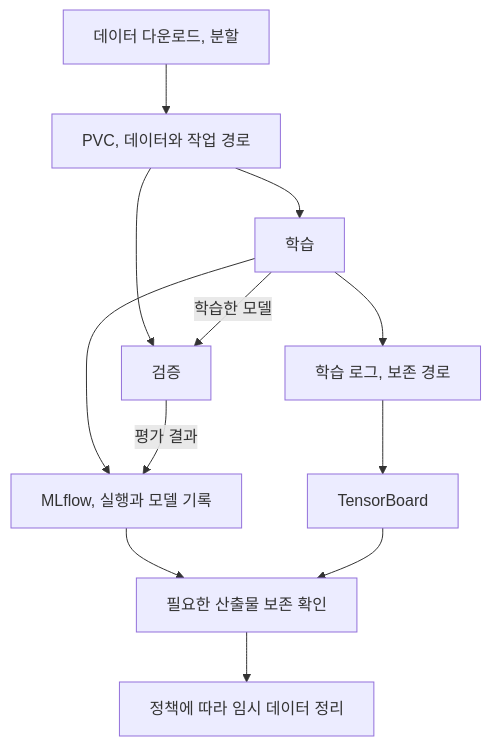
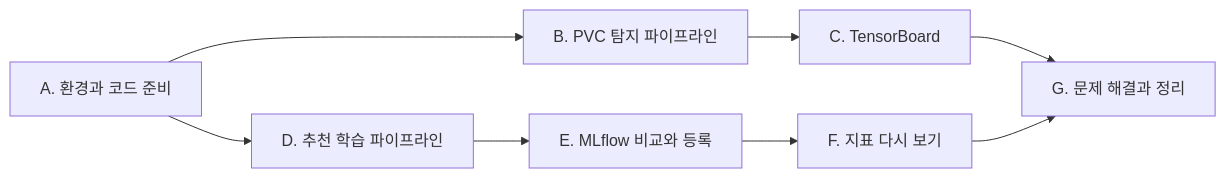
Before and after one commit to johklo/johklo.github.io: the third of 3 diagrams in content/docs/tech/machine-learning-platform-engineering/09-training-and-validation-2.md, drawn with Mermaid. The commit also changed other lines of this file and 13 other files, not shown here.

First line of the commit message:
Rewrite chapter 9 draft with connected explanation and real PVC, TensorBoard and recommender runs

````diff
--- a/content/docs/tech/machine-learning-platform-engineering/09-training-and-validation-2.md
+++ b/content/docs/tech/machine-learning-platform-engineering/09-training-and-validation-2.md
@@ -18,16 +249,12 @@
 ```mermaid
-flowchart TD
-    accTitle: 공유 볼륨과 학습 관측 산출물의 연결
-    accDescr: PVC에 준비한 데이터를 학습과 검증이 읽는다. TensorBoard는 학습 로그를, MLflow는 실행과 모델 산출물을 기록하며 보존 후 임시 데이터를 정리한다.
-    A["데이터 다운로드, 분할"] --> P["PVC, 데이터와 작업 경로"]
-    P --> B["학습"]
-    P --> C["검증"]
-    B -->|"학습한 모델"| C
-    B --> L["학습 로그, 보존 경로"]
-    L --> T["TensorBoard"]
-    B --> M["MLflow, 실행과 모델 기록"]
-    C -->|"평가 결과"| M
-    M --> K["필요한 산출물 보존 확인"]
-    T --> K
-    K --> D["정책에 따라 임시 데이터 정리"]
+flowchart LR
+    accTitle: 9장 실습 순서
+    accDescr: 환경과 저자 코드를 준비하고, PVC를 쓰는 탐지 파이프라인을 실행한 뒤 TensorBoard로 학습 로그를 본다. 이어 추천 데이터를 올리고 학습 파이프라인을 두 번 실행해 MLflow에서 비교와 등록을 확인하고, 마지막으로 지표를 다시 계산한 뒤 정리한다.
+    A["A. 환경과 코드 준비"] --> B["B. PVC 탐지 파이프라인"]
+    B --> C["C. TensorBoard"]
+    A --> D["D. 추천 학습 파이프라인"]
+    D --> E["E. MLflow 비교와 등록"]
+    E --> F["F. 지표 다시 보기"]
+    C --> G["G. 문제 해결과 정리"]
+    F --> G
 ```
````
